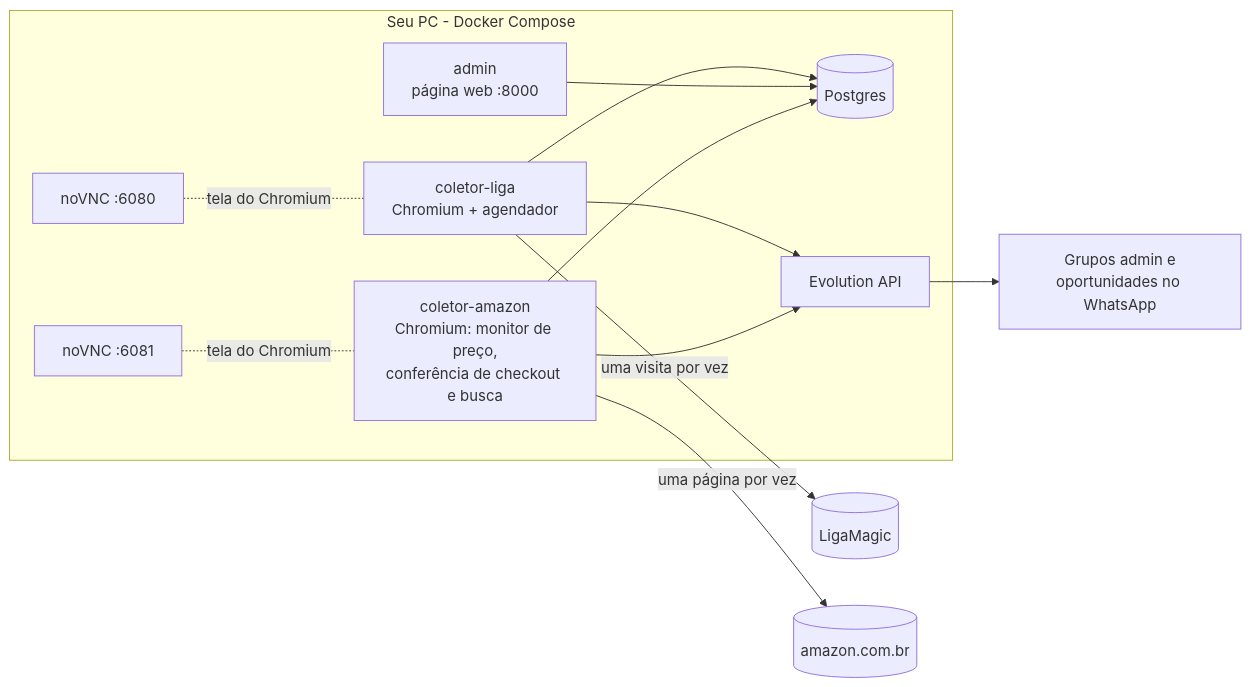
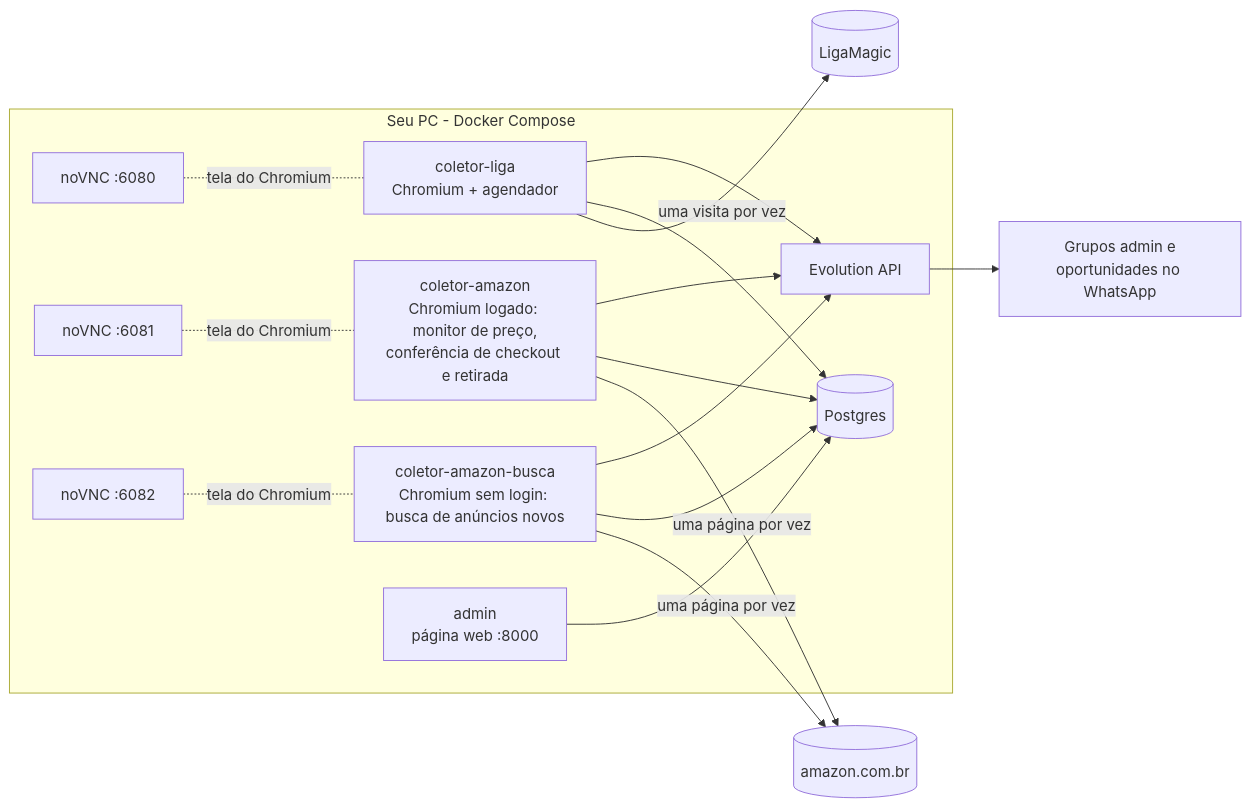
The diagram in README.md (Kyner/tcg-sniper), drawn with Mermaid before and after one commit. The commit also changed other lines of this file and 1 other file, not shown here.

Commit message:
docs: Amazon search and monitor as separate services; pending list

````diff
--- a/README.md
+++ b/README.md
@@ -37,25 +37,31 @@
 ```mermaid
 flowchart LR
     liga[(LigaMagic)]
     amazon[(amazon.com.br)]
     subgraph pc[Seu PC - Docker Compose]
         coletor[coletor-liga<br/>Chromium + agendador]
-        coletor_amz[coletor-amazon<br/>Chromium: monitor de preço,<br/>conferência de checkout e busca]
+        coletor_amz[coletor-amazon<br/>Chromium logado: monitor de preço,<br/>conferência de checkout e retirada]
+        coletor_busca[coletor-amazon-busca<br/>Chromium sem login: busca de anúncios novos]
         admin[admin<br/>página web :8000]
         db[(Postgres)]
         evo[Evolution API]
         vnc[noVNC :6080]
         vnc_amz[noVNC :6081]
+        vnc_busca[noVNC :6082]
     end
     whats[Grupos admin e<br/>oportunidades no WhatsApp]
 
     coletor -- uma visita por vez --> liga
     coletor --> db
     admin --> db
     coletor --> evo --> whats
     coletor_amz -- uma página por vez --> amazon
     coletor_amz --> db
     coletor_amz --> evo
+    coletor_busca -- uma página por vez --> amazon
+    coletor_busca --> db
+    coletor_busca --> evo
     vnc -. tela do Chromium .- coletor
     vnc_amz -. tela do Chromium .- coletor_amz
+    vnc_busca -. tela do Chromium .- coletor_busca
 ```
````
